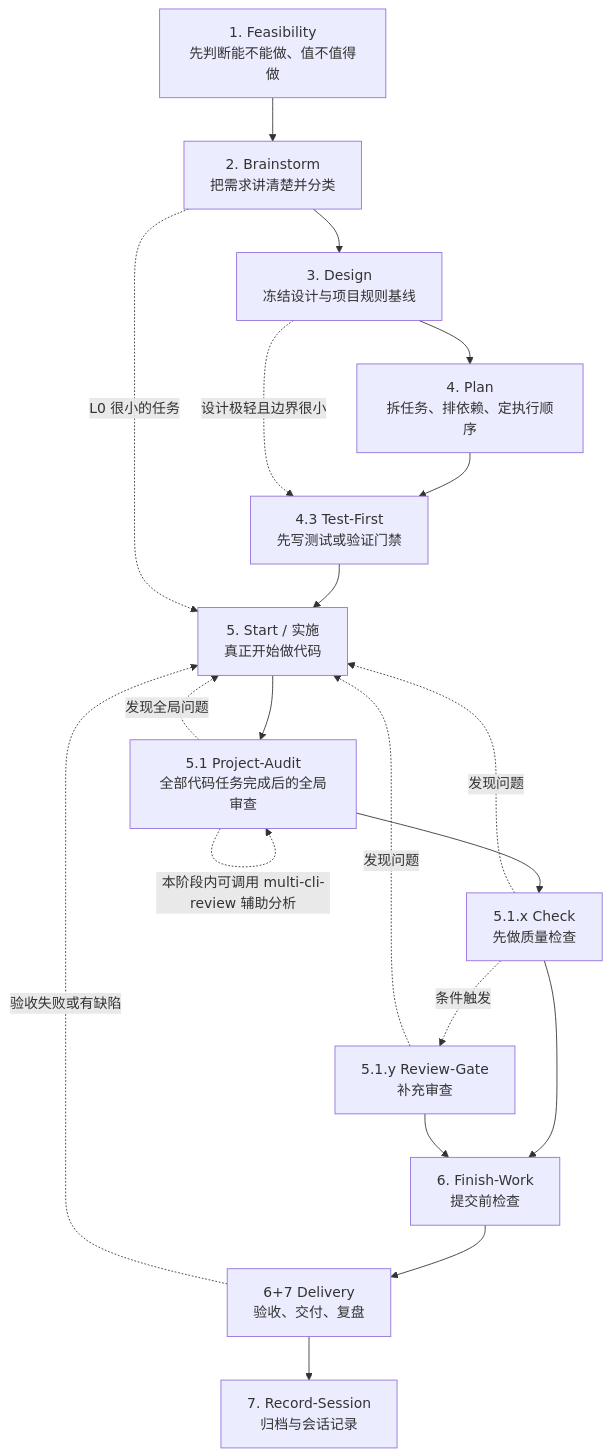
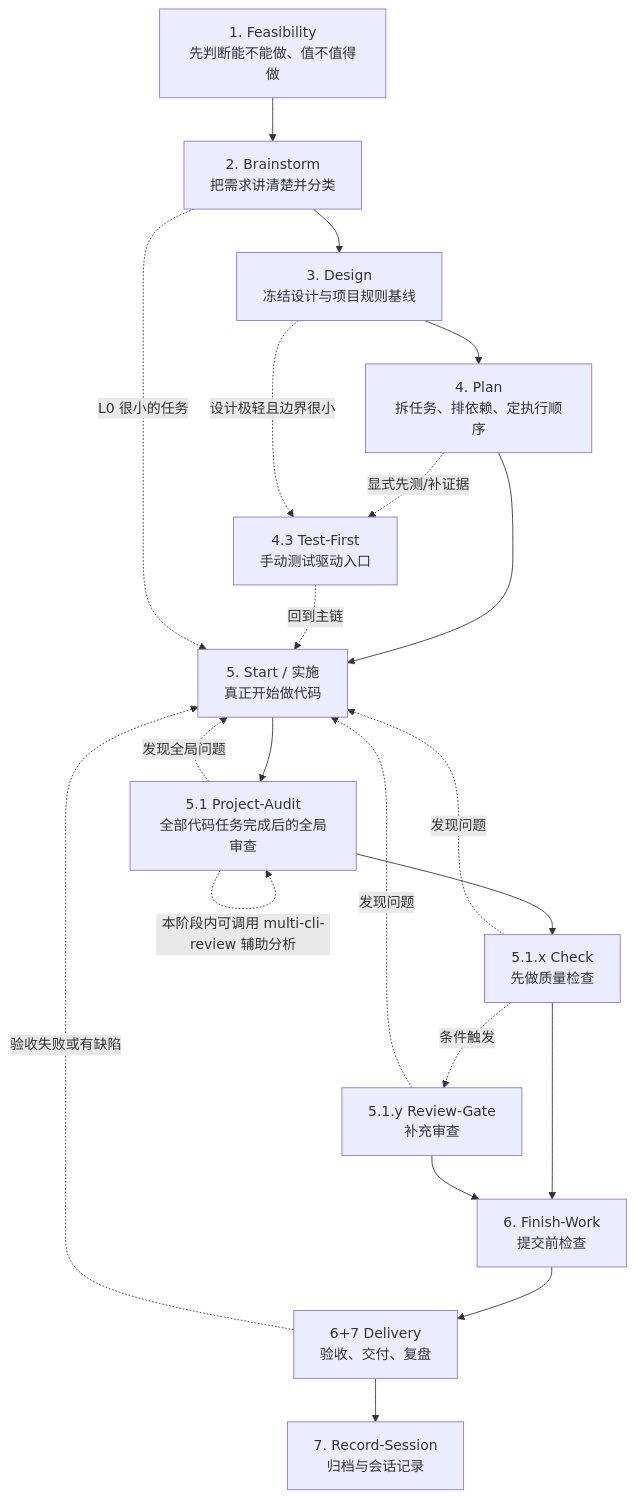
One commit to StarForAll/ai-coding-toolkit changed the diagram in docs/workflows/新项目开发工作流/工作流全局流转说明（通俗版）.md. Above: the diagram before and after it, drawn with Mermaid. The commit also changed other lines of this file and 25 other files, not shown here.

````diff
--- a/docs/workflows/新项目开发工作流/工作流全局流转说明（通俗版）.md
+++ b/docs/workflows/新项目开发工作流/工作流全局流转说明（通俗版）.md
@@ -41,23 +41,24 @@
 ```mermaid
 flowchart TD
     A[1. Feasibility<br/>先判断能不能做、值不值得做] --> B[2. Brainstorm<br/>把需求讲清楚并分类]
     B --> C[3. Design<br/>冻结设计与项目规则基线]
     C --> D[4. Plan<br/>拆任务、排依赖、定执行顺序]
-    D --> E[4.3 Test-First<br/>先写测试或验证门禁]
-    E --> F[5. Start / 实施<br/>真正开始做代码]
+    D --> F[5. Start / 实施<br/>真正开始做代码]
+    D -. 显式先测/补证据 .-> E[4.3 Test-First<br/>手动测试驱动入口]
+    E -. 回到主链 .-> F
     F --> G[5.1 Project-Audit<br/>全部代码任务完成后的全局审查]
     G --> H[5.1.x Check<br/>先做质量检查]
     H --> J[6. Finish-Work<br/>提交前检查]
     H -. 条件触发 .-> I[5.1.y Review-Gate<br/>补充审查]
     I --> J
     J --> K[6+7 Delivery<br/>验收、交付、复盘]
     K --> L[7. Record-Session<br/>归档与会话记录]
 
     B -. L0 很小的任务 .-> F
     C -. 设计极轻且边界很小 .-> E
     G -. 发现全局问题 .-> F
     G -. 本阶段内可调用 multi-cli-review 辅助分析 .-> G
     H -. 发现问题 .-> F
     I -. 发现问题 .-> F
     K -. 验收失败或有缺陷 .-> F
 ```
````
